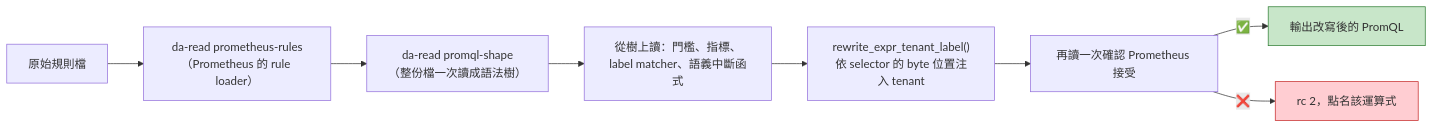
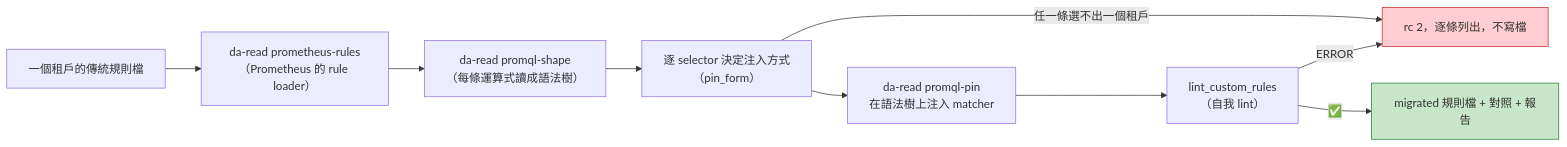
The diagram in docs/migration-engine.md (vencil/Dynamic-Alerting-Integrations), drawn with Mermaid before and after one commit. The commit also changed other lines of this file and 90 other files, not shown here.

````diff
--- a/docs/migration-engine.md
+++ b/docs/migration-engine.md
@@ -18,13 +18,14 @@
 ```mermaid
 flowchart LR
-    A["原始規則檔"] --> B["da-read prometheus-rules<br/>（Prometheus 的 rule loader）"]
-    B --> C["da-read promql-shape<br/>（整份檔一次讀成語法樹）"]
-    C --> D["從樹上讀：門檻、指標、<br/>label matcher、語義中斷函式"]
-    D --> E["rewrite_expr_tenant_label()<br/>依 selector 的 byte 位置注入 tenant"]
-    E --> F["再讀一次確認 Prometheus 接受"]
-    F -->|"✅"| G["輸出改寫後的 PromQL"]
-    F -->|"❌"| H["rc 2，點名該運算式"]
+    A["一個租戶的傳統規則檔"] --> B["da-read prometheus-rules<br/>（Prometheus 的 rule loader）"]
+    B --> C["da-read promql-shape<br/>（每條運算式讀成語法樹）"]
+    C --> D["逐 selector 決定注入方式<br/>（pin_form）"]
+    D -->|"任一條選不出一個租戶"| H["rc 2，逐條列出，不寫檔"]
+    D --> E["da-read promql-pin<br/>在語法樹上注入 matcher"]
+    E --> F["lint_custom_rules<br/>（自我 lint）"]
+    F -->|"ERROR"| H
+    F -->|"✅"| G["migrated 規則檔 + 對照 + 報告"]
 
     style G fill:#c8e6c9,stroke:#2e7d32
     style H fill:#ffcdd2,stroke:#c62828
 ```
````
